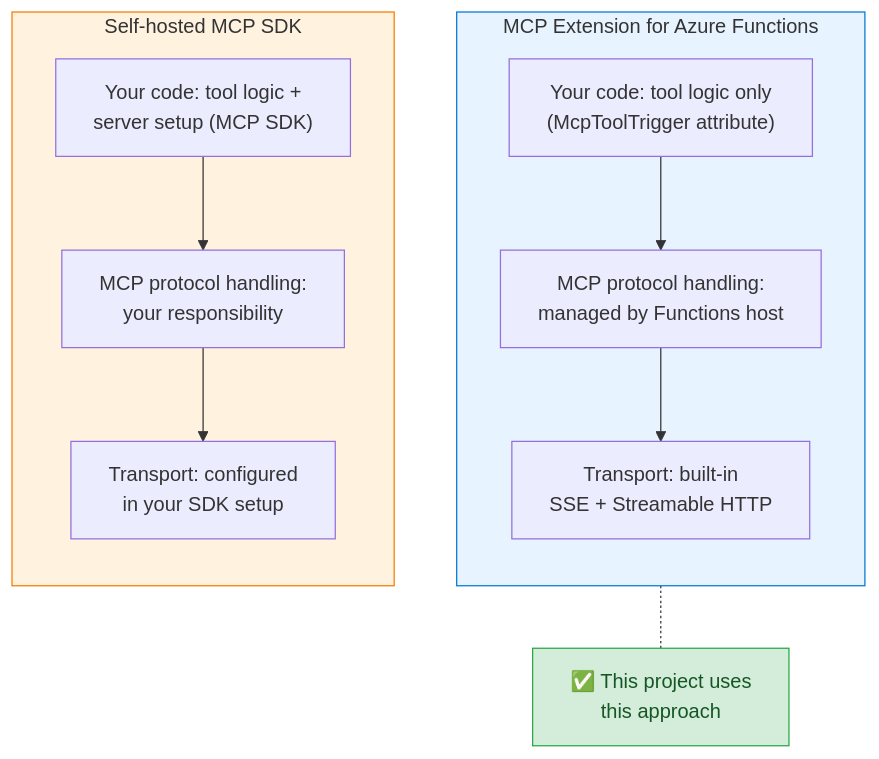
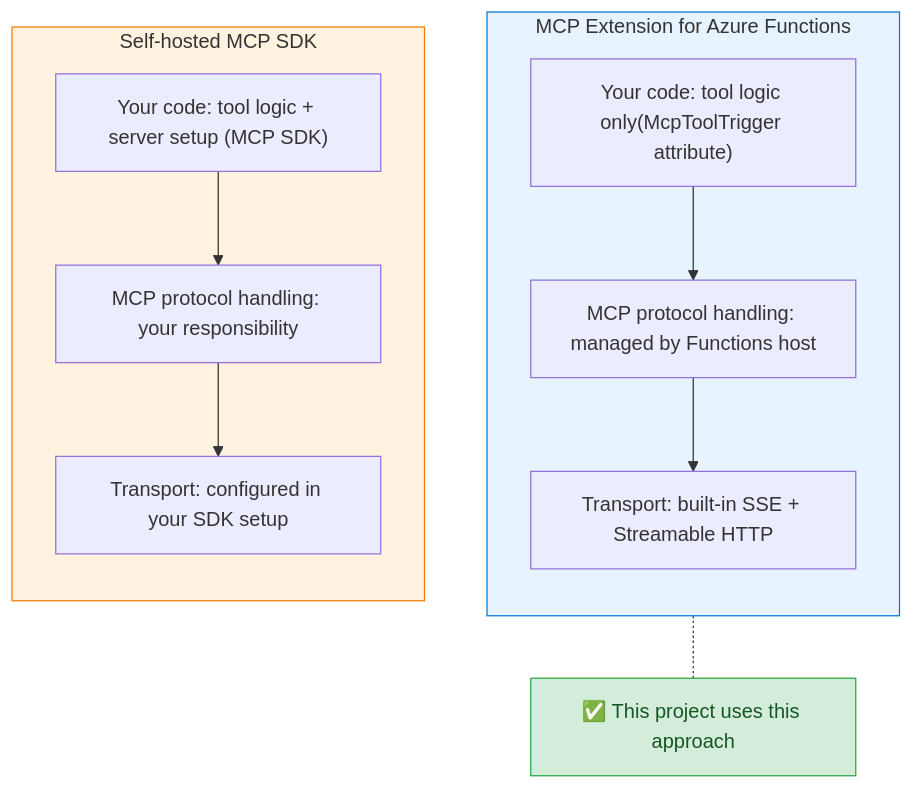
Before and after one commit to jpad5/mcp-remote-server-azure-func: the first of 3 diagrams in README.md, drawn with Mermaid.

````diff
--- a/README.md
+++ b/README.md
@@ -45,24 +45,24 @@
 ```mermaid
 flowchart TB
     subgraph ExtApproach["MCP Extension for Azure Functions"]
         direction TB
-        E1["Your code: tool logic only\n(McpToolTrigger attribute)"]
-        E2["MCP protocol handling:\nmanaged by Functions host"]
-        E3["Transport: built-in\nSSE + Streamable HTTP"]
+        E1["Your code: tool logic only(McpToolTrigger attribute)"]
+        E2["MCP protocol handling: managed by Functions host"]
+        E3["Transport: built-in SSE + Streamable HTTP"]
         E1 --> E2 --> E3
     end
 
     subgraph SDKApproach["Self-hosted MCP SDK"]
         direction TB
-        S1["Your code: tool logic +\nserver setup (MCP SDK)"]
-        S2["MCP protocol handling:\nyour responsibility"]
-        S3["Transport: configured\nin your SDK setup"]
+        S1["Your code: tool logic + server setup (MCP SDK)"]
+        S2["MCP protocol handling: your responsibility"]
+        S3["Transport: configured in your SDK setup"]
         S1 --> S2 --> S3
     end
 
-    ExtApproach -.- note1["✅ This project uses\nthis approach"]
+    ExtApproach -.- note1["✅ This project uses this approach"]
 
     style note1 fill:#d4edda,stroke:#28a745,color:#155724
     style ExtApproach fill:#e7f3ff,stroke:#0078d4
     style SDKApproach fill:#fff3e0,stroke:#f57c00
 ```
````
